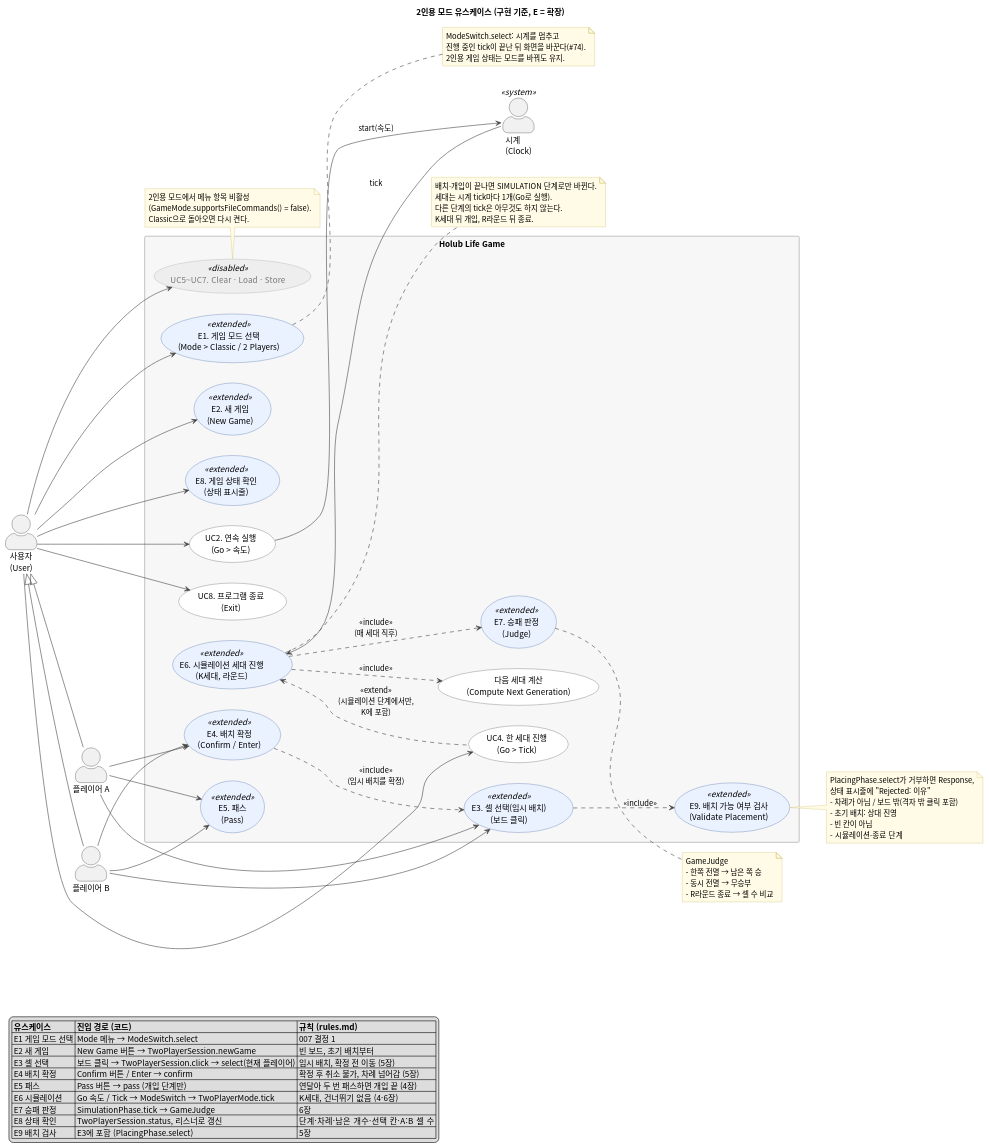
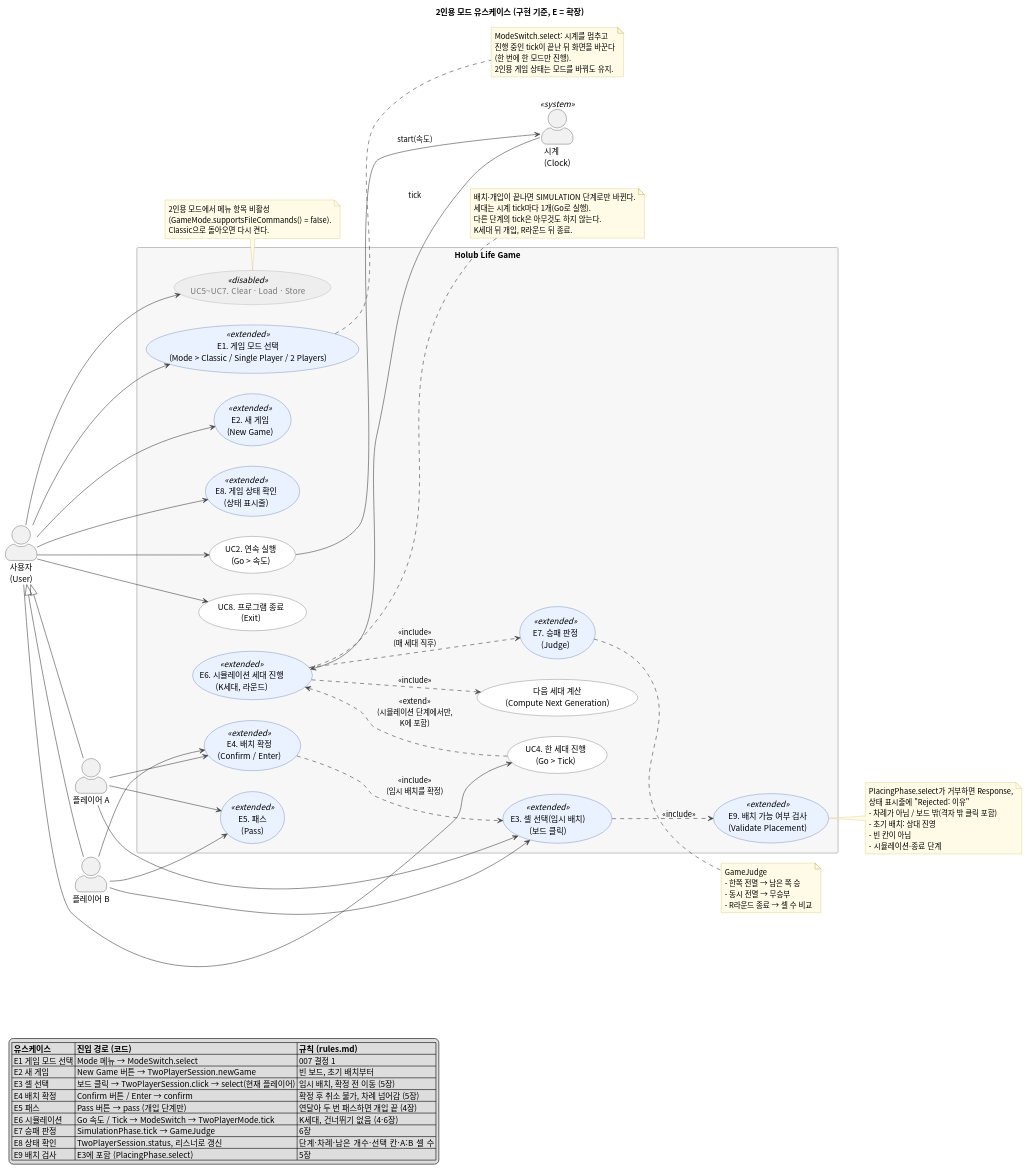
The diagram in Codes/GameOfLife/src/com/holub/life/twoplayer/docs/diagrams/twoplayer-usecase.puml (DesignPattern8/DPTermProject), drawn with PlantUML before and after one commit. The commit also changed 11 other files, not shown here.

```diff
--- a/Codes/GameOfLife/src/com/holub/life/twoplayer/docs/diagrams/twoplayer-usecase.puml
+++ b/Codes/GameOfLife/src/com/holub/life/twoplayer/docs/diagrams/twoplayer-usecase.puml
@@ -1,138 +1,140 @@
 @startuml twoplayer-usecase
 ' 2인용 모드 유스케이스 다이어그램 (#8, 구현 기준)
 ' 원본 초안: diagrams/use-case diagram/holub-life-usecase-2p.puml (2026-11-02, 수정하지 않음)
 ' 근거 코드: ui/ModeSwitch, ui/GameMenu, twoplayer/TwoPlayerSession, twoplayer/ui/TwoPlayerPanel·TwoPlayerMode,
 '           twoplayer/TwoPlayerGame·PlacingPhase·InterventionPhase·SimulationPhase·GameJudge
 ' 확장 유스케이스는 이름 앞에 'E'를 붙인다(과제 규칙). UC 번호는 holub-life-usecase.puml(클래식)과 같다.
 ' 초안과 달라진 점: E2 "2인 게임 시작" → "새 게임"(2인용 게임은 프로그램 시작 때 만들어지고, 다시 시작은 New Game 버튼),
 '                   E6은 배치·개입이 끝나도 자동으로 돌지 않고 Go 메뉴(UC2 연속 실행 / UC4 Tick)로 진행,
 '                   Clear·Load·Store(UC5~UC7)를 2인용 모드에서 비활성화.
+' 2026-11-25: Mode 메뉴가 Classic / Single Player / 2 Players로 바뀜(#109, ui/docs/012). Preset 메뉴는 2인용에서 꺼져 있다.
 
 skinparam defaultFontName "Noto Sans CJK KR"
 skinparam shadowing false
 skinparam packageStyle rectangle
 skinparam actorStyle awesome
 skinparam usecase {
   BackgroundColor #FFFFFF
   BorderColor #444444
   ArrowColor #444444
 }
 skinparam usecase<<extended>> {
   BackgroundColor #EAF2FF
   BorderColor #2F5597
 }
 skinparam usecase<<disabled>> {
   BackgroundColor #EEEEEE
   BorderColor #999999
   FontColor #777777
 }
 skinparam rectangle {
   BackgroundColor #F7F7F7
   BorderColor #999999
 }
 skinparam note {
   BackgroundColor #FFFBE6
   BorderColor #C9B458
 }
 left to right direction
 
 title 2인용 모드 유스케이스 (구현 기준, E = 확장)
 
 actor "사용자\n(User)" as User
 actor "플레이어 A" as PA
 actor "플레이어 B" as PB
 actor "시계\n(Clock)" as Clock <<system>>
 
 PA -up-|> User
 PB -up-|> User
 
 rectangle "Holub Life Game" {
 
-  usecase "E1. 게임 모드 선택\n(Mode > Classic / 2 Players)" as E1 <<extended>>
+  usecase "E1. 게임 모드 선택\n(Mode > Classic / Single Player / 2 Players)" as E1 <<extended>>
   usecase "E2. 새 게임\n(New Game)" as E2 <<extended>>
   usecase "E3. 셀 선택(임시 배치)\n(보드 클릭)" as E3 <<extended>>
   usecase "E4. 배치 확정\n(Confirm / Enter)" as E4 <<extended>>
   usecase "E5. 패스\n(Pass)" as E5 <<extended>>
   usecase "E6. 시뮬레이션 세대 진행\n(K세대, 라운드)" as E6 <<extended>>
   usecase "E7. 승패 판정\n(Judge)" as E7 <<extended>>
   usecase "E8. 게임 상태 확인\n(상태 표시줄)" as E8 <<extended>>
   usecase "E9. 배치 가능 여부 검사\n(Validate Placement)" as E9 <<extended>>
 
   usecase "UC2. 연속 실행\n(Go > 속도)" as UC2
   usecase "UC4. 한 세대 진행\n(Go > Tick)" as UC4
   usecase "UC8. 프로그램 종료\n(Exit)" as UC8
   usecase "UC5~UC7. Clear · Load · Store" as UCF <<disabled>>
   usecase "다음 세대 계산\n(Compute Next Generation)" as CNG
 }
 
 User --> E1
 User --> E2
 User --> E8
 User --> UC2
 User --> UC4
 User --> UC8
 User --> UCF
 PA --> E3
 PB --> E3
 PA --> E4
 PB --> E4
 PA --> E5
 PB --> E5
 
 E3 ..> E9 : <<include>>
 E4 ..> E3 : <<include>>\n(임시 배치를 확정)
 UC2 --> Clock : start(속도)
 Clock --> E6 : tick
 E6 <.. UC4 : <<extend>>\n(시뮬레이션 단계에서만,\nK에 포함)
 E6 ..> CNG : <<include>>
 E6 ..> E7 : <<include>>\n(매 세대 직후)
 
 note right of E1
   ModeSwitch.select: 시계를 멈추고
-  진행 중인 tick이 끝난 뒤 화면을 바꾼다(#74).
+  진행 중인 tick이 끝난 뒤 화면을 바꾼다
+  (한 번에 한 모드만 진행).
   2인용 게임 상태는 모드를 바꿔도 유지.
 end note
 
 note right of E9
   PlacingPhase.select가 거부하면 Response,
   상태 표시줄에 "Rejected: 이유"
   - 차례가 아님 / 보드 밖(격자 밖 클릭 포함)
   - 초기 배치: 상대 진영
   - 빈 칸이 아님
   - 시뮬레이션·종료 단계
 end note
 
 note right of E6
   배치·개입이 끝나면 SIMULATION 단계로만 바뀐다.
   세대는 시계 tick마다 1개(Go로 실행).
   다른 단계의 tick은 아무것도 하지 않는다.
   K세대 뒤 개입, R라운드 뒤 종료.
 end note
 
 note right of E7
   GameJudge
   - 한쪽 전멸 → 남은 쪽 승
   - 동시 전멸 → 무승부
   - R라운드 종료 → 셀 수 비교
 end note
 
 note bottom of UCF
   2인용 모드에서 메뉴 항목 비활성
   (GameMode.supportsFileCommands() = false).
   Classic으로 돌아오면 다시 켠다.
 end note
 
 legend bottom left
   |= 유스케이스 |= 진입 경로 (코드) |= 규칙 (rules.md) |
   | E1 게임 모드 선택 | Mode 메뉴 → ModeSwitch.select | 007 결정 1 |
   | E2 새 게임 | New Game 버튼 → TwoPlayerSession.newGame | 빈 보드, 초기 배치부터 |
   | E3 셀 선택 | 보드 클릭 → TwoPlayerSession.click → select(현재 플레이어) | 임시 배치, 확정 전 이동 (5장) |
   | E4 배치 확정 | Confirm 버튼 / Enter → confirm | 확정 후 취소 불가, 차례 넘어감 (5장) |
   | E5 패스 | Pass 버튼 → pass (개입 단계만) | 연달아 두 번 패스하면 개입 끝 (4장) |
   | E6 시뮬레이션 | Go 속도 / Tick → ModeSwitch → TwoPlayerMode.tick | K세대, 건너뛰기 없음 (4·6장) |
   | E7 승패 판정 | SimulationPhase.tick → GameJudge | 6장 |
   | E8 상태 확인 | TwoPlayerSession.status, 리스너로 갱신 | 단계·차례·남은 개수·선택 칸·A:B 셀 수 |
   | E9 배치 검사 | E3에 포함 (PlacingPhase.select) | 5장 |
 endlegend
 
 @enduml
```
